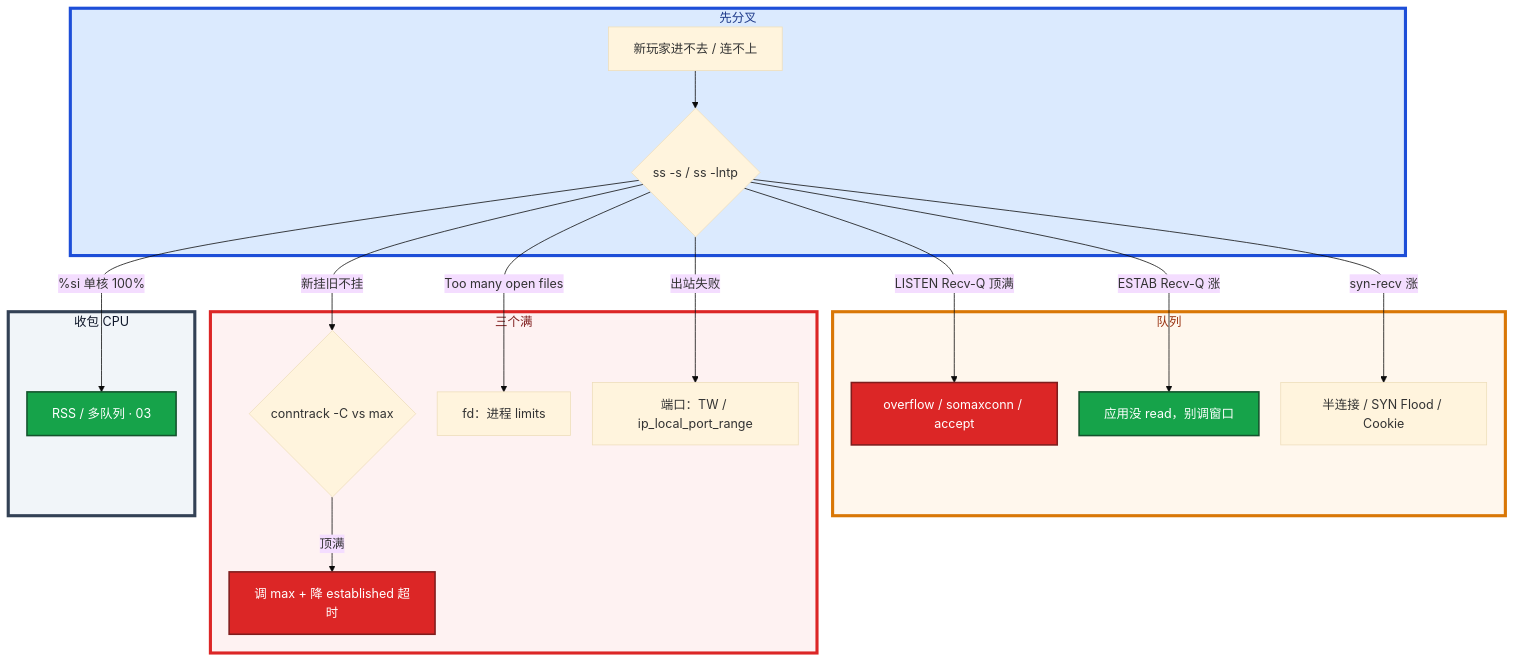
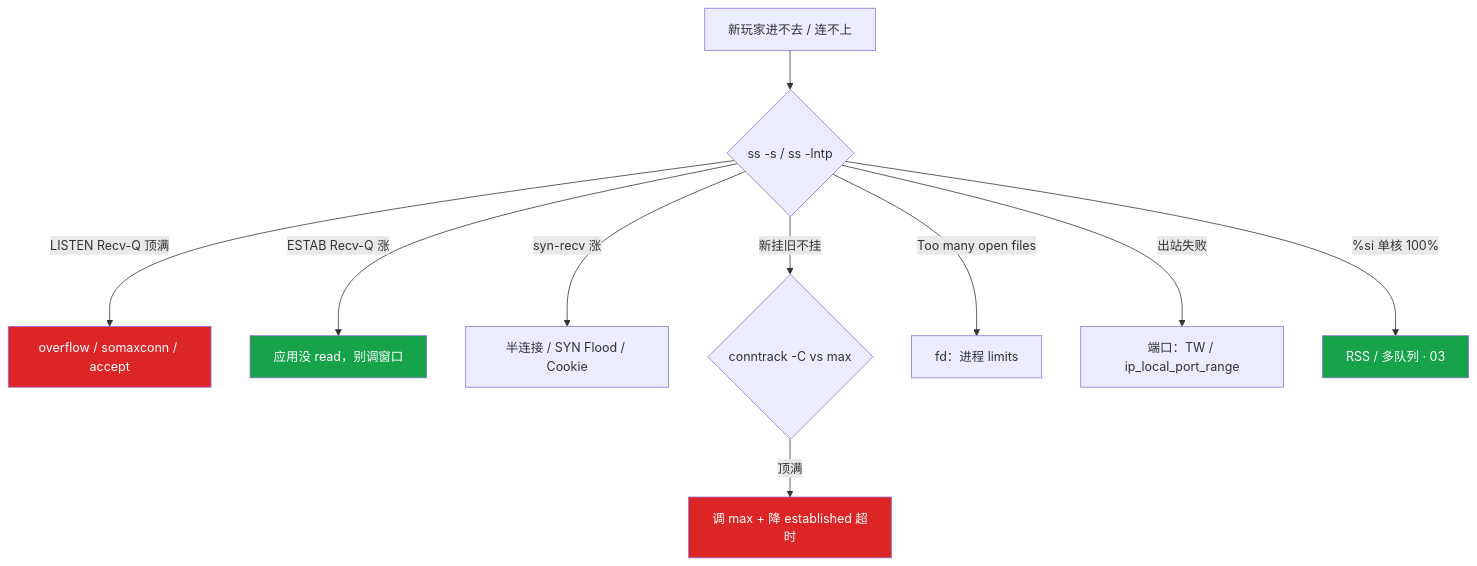
Before and after one commit to ml-cuizijun/LearnToLilith: the ninth of 9 diagrams in 02-基础底座/06-网络栈与Socket/知识点.md, drawn with Mermaid. The commit also changed other lines of this file and 213 other files, not shown here.

````diff
--- a/02-基础底座/06-网络栈与Socket/知识点.md
+++ b/02-基础底座/06-网络栈与Socket/知识点.md
@@ -464,34 +380,17 @@
 ```mermaid
-%%{init: {"flowchart": {"padding": 16, "nodeSpacing": 28, "rankSpacing": 48}, "theme": "base"}}%%
 flowchart TB
-    subgraph gate ["先分叉"]
-        A[新玩家进不去 / 连不上] --> B{ss -s / ss -lntp}
-    end
+    A[新玩家进不去 / 连不上] --> B{ss -s / ss -lntp}
+    B -->|LISTEN Recv-Q 顶满| C[overflow / somaxconn / accept]
+    B -->|ESTAB Recv-Q 涨| D[应用没 read，别调窗口]
+    B -->|syn-recv 涨| E[半连接 / SYN Flood / Cookie]
+    B -->|新挂旧不挂| F{conntrack -C vs max}
+    F -->|顶满| G[调 max + 降 established 超时]
+    B -->|Too many open files| H[fd：进程 limits]
+    B -->|出站失败| I[端口：TW / ip_local_port_range]
+    B -->|%si 单核 100%| J[RSS / 多队列 · 03]
 
-    subgraph q ["队列"]
-        B -->|LISTEN Recv-Q 顶满| C[overflow / somaxconn / accept]
-        B -->|ESTAB Recv-Q 涨| D[应用没 read，别调窗口]
-        B -->|syn-recv 涨| E[半连接 / SYN Flood / Cookie]
-    end
-
-    subgraph full ["三个满"]
-        B -->|新挂旧不挂| F{conntrack -C vs max}
-        F -->|顶满| G[调 max + 降 established 超时]
-        B -->|Too many open files| H[fd：进程 limits]
-        B -->|出站失败| I[端口：TW / ip_local_port_range]
-    end
-
-    subgraph cpu ["收包 CPU"]
-        B -->|%si 单核 100%| J[RSS / 多队列 · 03]
-    end
-
-    classDef bad fill:#DC2626,stroke:#7F1D1D,stroke-width:2px,color:#fff
-    classDef ok fill:#16A34A,stroke:#14532D,stroke-width:2px,color:#fff
+    classDef bad fill:#DC2626,color:#fff
+    classDef ok fill:#16A34A,color:#fff
     class G,C bad
     class D,J ok
-
-    style gate fill:#DBEAFE,stroke:#1D4ED8,stroke-width:4px,color:#1E3A8A
-    style q fill:#FFF7ED,stroke:#D97706,stroke-width:4px,color:#9A3412
-    style full fill:#FEF2F2,stroke:#DC2626,stroke-width:4px,color:#7F1D1D
-    style cpu fill:#F1F5F9,stroke:#334155,stroke-width:4px,color:#0F172A
 ```
````
